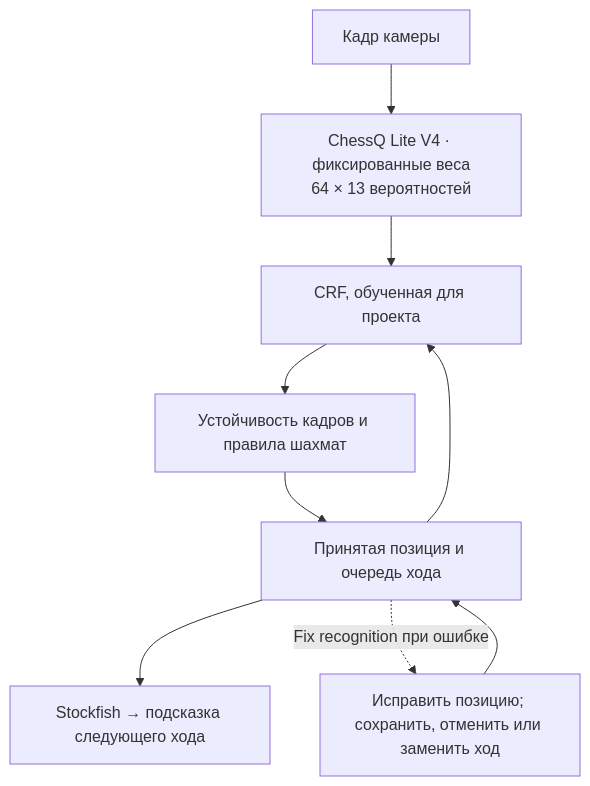
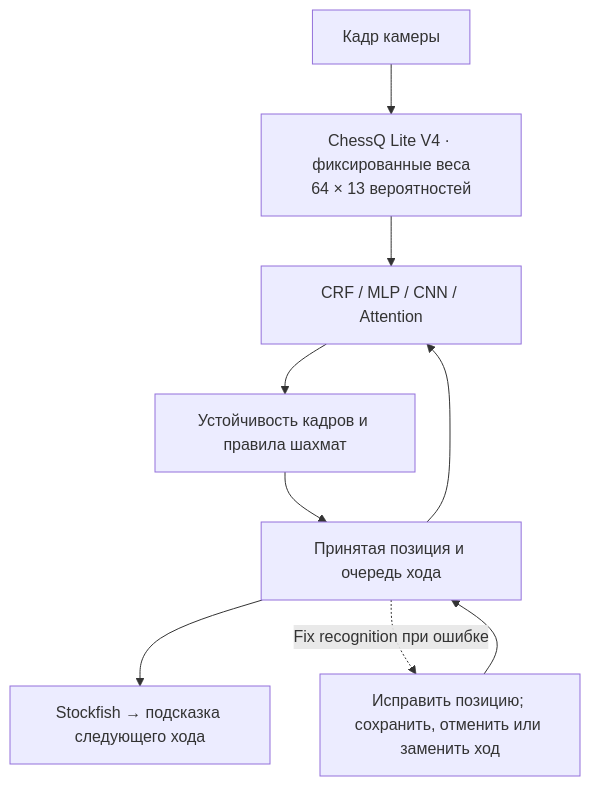
One commit to AmethystineAlpaca/camera_chess changed the diagram in README.ru.md. Above: the diagram before and after it, drawn with Mermaid. The commit also changed other lines of this file and 16 other files, not shown here.

````diff
--- a/README.ru.md
+++ b/README.ru.md
@@ -33,11 +37,11 @@
 ```mermaid
 flowchart TD
     C["Кадр камеры"] --> V["ChessQ Lite V4 · фиксированные веса<br/>64 × 13 вероятностей"]
-    V --> R["CRF, обученная для проекта"]
+    V --> R["CRF / MLP / CNN / Attention"]
     G["Принятая позиция и очередь хода"] --> R
     R --> T["Устойчивость кадров и правила шахмат"]
     T --> G
     G --> S["Stockfish → подсказка следующего хода"]
     G -. "Fix recognition при ошибке" .-> F["Исправить позицию; сохранить, отменить или заменить ход"]
     F --> G
 ```
````
